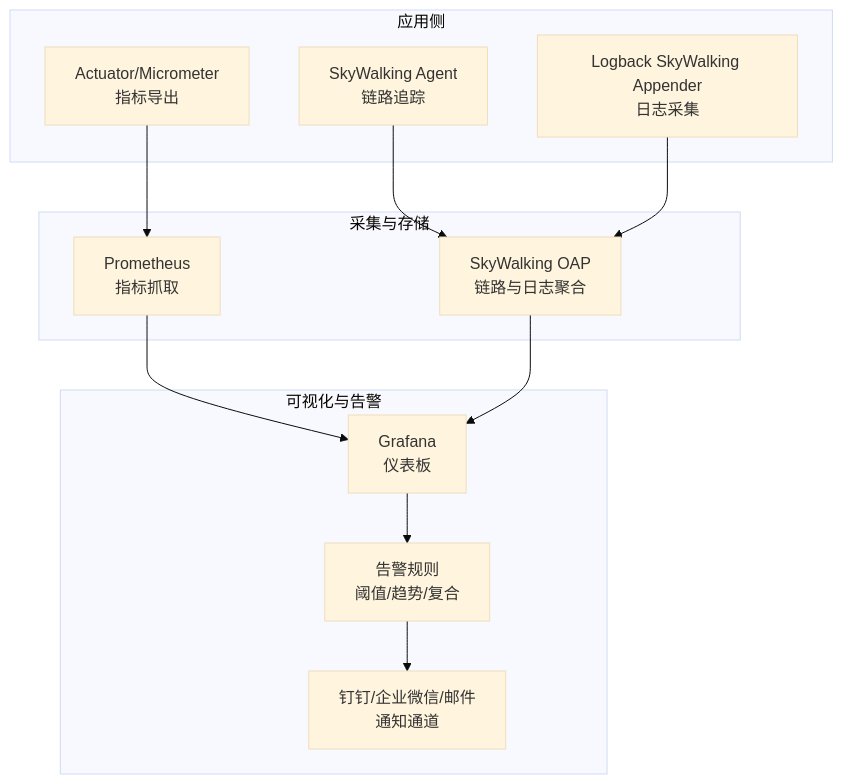
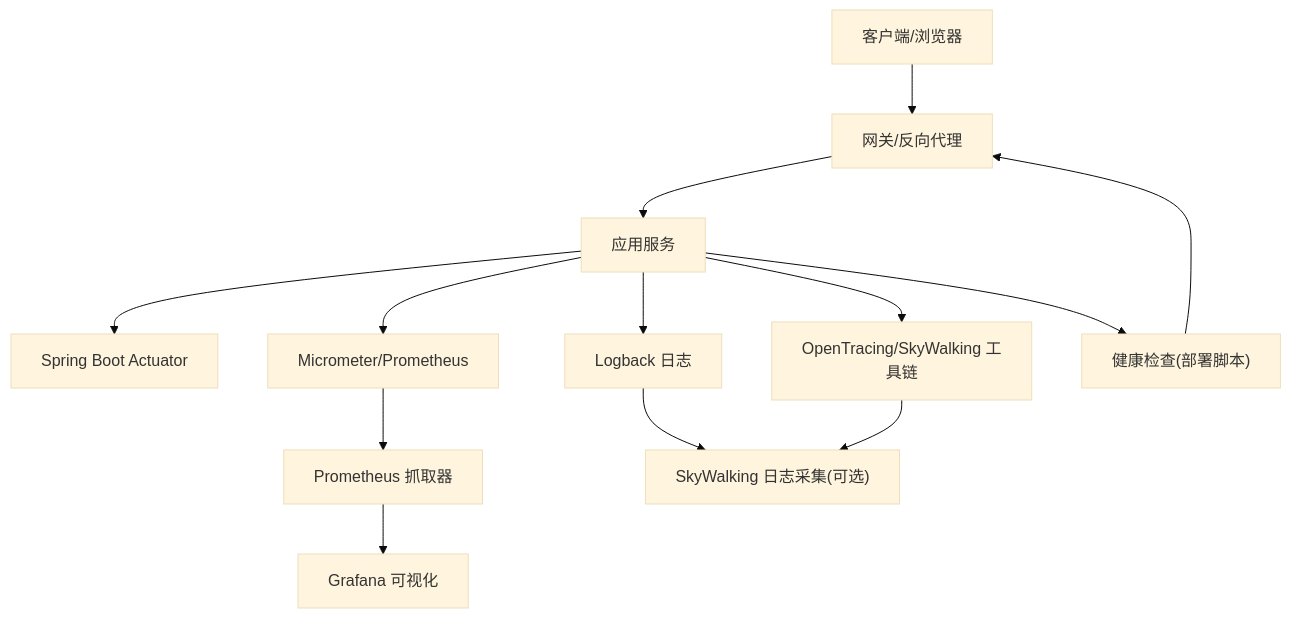
The second of 8 diagrams in .qoder/repowiki/zh/content/部署运维/监控告警.md (xiaoche80s-tech/rouyi-vue-pro), drawn with Mermaid (base theme) before and after one commit. The commit also changed other lines of this file and 840 other files, not shown here.

````diff
--- a/.qoder/repowiki/zh/content/部署运维/监控告警.md
+++ b/.qoder/repowiki/zh/content/部署运维/监控告警.md
@@ -113,24 +113,15 @@
 ```mermaid
 graph TB
-subgraph "应用侧"
-A1["Actuator/Micrometer<br/>指标导出"]
-A2["SkyWalking Agent<br/>链路追踪"]
-A3["Logback SkyWalking Appender<br/>日志采集"]
-end
-subgraph "采集与存储"
-S1["Prometheus<br/>指标抓取"]
-S2["SkyWalking OAP<br/>链路与日志聚合"]
-end
-subgraph "可视化与告警"
-V1["Grafana<br/>仪表板"]
-V2["告警规则<br/>阈值/趋势/复合"]
-N1["钉钉/企业微信/邮件<br/>通知通道"]
-end
-A1 --> S1
-A2 --> S2
-A3 --> S2
-S1 --> V1
-S2 --> V1
-V1 --> V2
-V2 --> N1
+Client["客户端/浏览器"] --> Gateway["网关/反向代理"]
+Gateway --> App["应用服务"]
+App --> Act["Spring Boot Actuator"]
+App --> Mic["Micrometer/Prometheus"]
+Mic --> Prom["Prometheus 抓取器"]
+Prom --> Graf["Grafana 可视化"]
+App --> LB["Logback 日志"]
+LB --> SW["SkyWalking 日志采集(可选)"]
+App --> OT["OpenTracing/SkyWalking 工具链"]
+OT --> SW
+App --> HC["健康检查(部署脚本)"]
+HC --> Gateway
 ```
````
